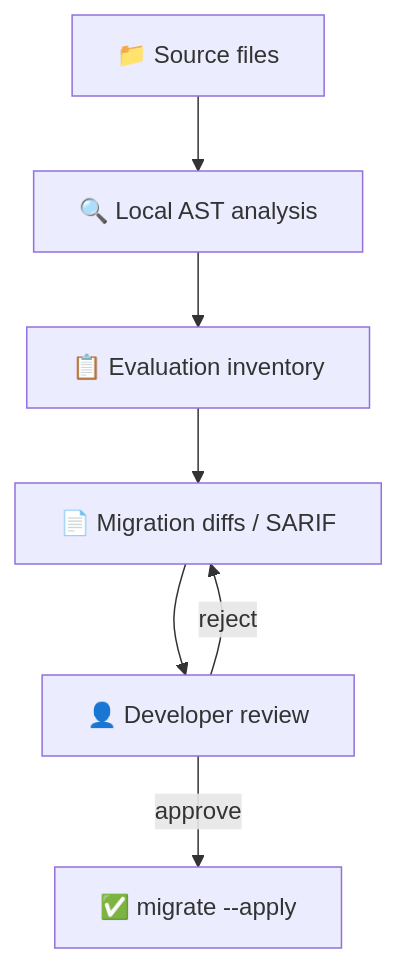
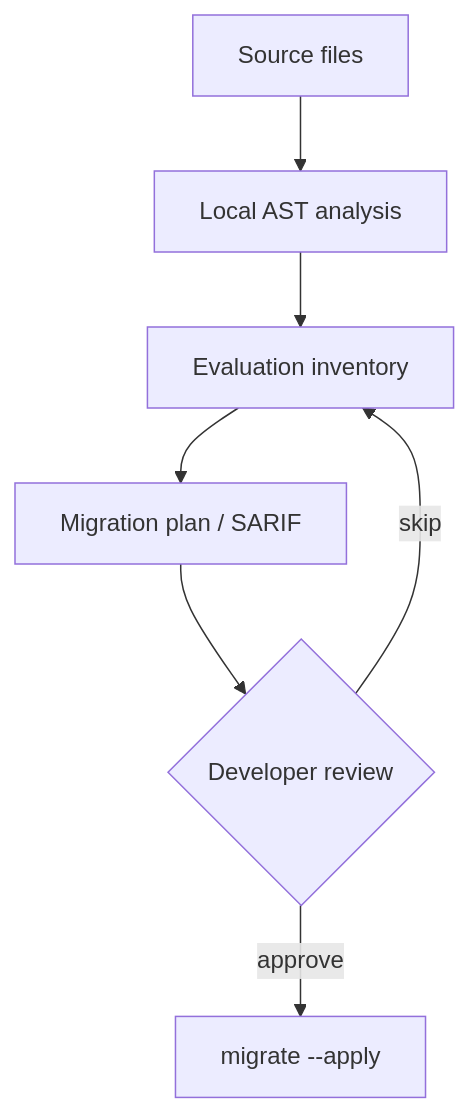
Before and after one commit to flaglint/flaglint-js: the diagram in docs-src/content/docs/docs/concepts/safety-model.md, drawn with Mermaid. The commit also changed 12 other files, not shown here.

```diff
--- a/docs-src/content/docs/docs/concepts/safety-model.md
+++ b/docs-src/content/docs/docs/concepts/safety-model.md
@@ -11,9 +11,9 @@
 <pre class="mermaid">
 flowchart TD
-    A["📁 Source files"] --> B["🔍 Local AST analysis"]
-    B --> C["📋 Evaluation inventory"]
-    C --> D["📄 Migration diffs / SARIF"]
-    D --> E["👤 Developer review"]
-    E -->|"approve"| F["✅ migrate --apply"]
-    E -->|"reject"| D
+    A["Source files"] --> B["Local AST analysis"]
+    B --> C["Evaluation inventory"]
+    C --> D["Migration plan / SARIF"]
+    D --> E{Developer review}
+    E -->|approve| F["migrate --apply"]
+    E -->|skip| C
 </pre>
```
